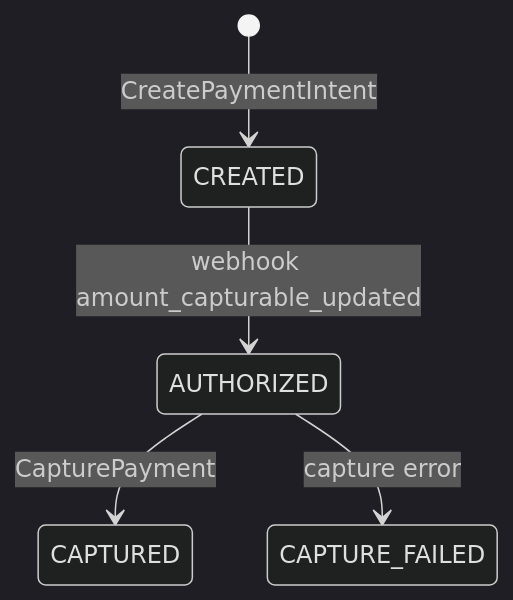
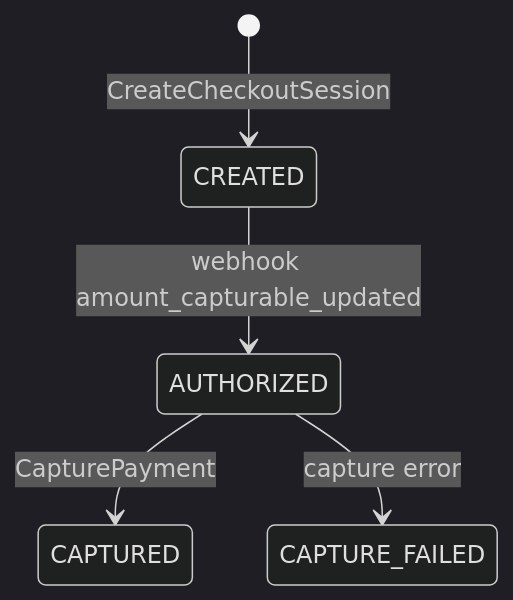
Before and after one commit to TranQuangPhong/hotel-booking-hexagon: the fourth of 4 diagrams in doc/uc1-create-booking/state-machines.md, drawn with Mermaid (dark theme). The commit also changed other lines of this file and 31 other files, not shown here.

````diff
--- a/doc/uc1-create-booking/state-machines.md
+++ b/doc/uc1-create-booking/state-machines.md
@@ -99,7 +99,7 @@
 ```mermaid
 stateDiagram-v2
-    [*] --> CREATED: CreatePaymentIntent
+    [*] --> CREATED: CreateCheckoutSession
     CREATED --> AUTHORIZED: webhook amount_capturable_updated
     AUTHORIZED --> CAPTURED: CapturePayment
     AUTHORIZED --> CAPTURE_FAILED: capture error
 ```
````
